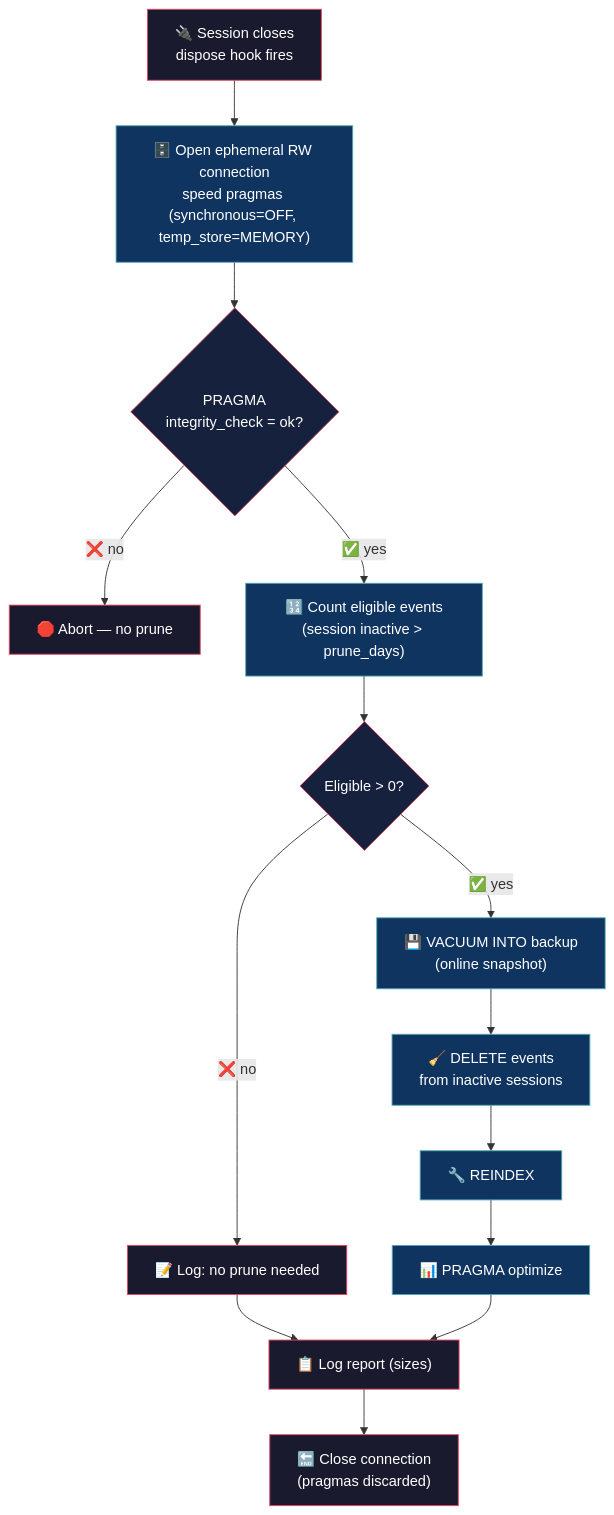
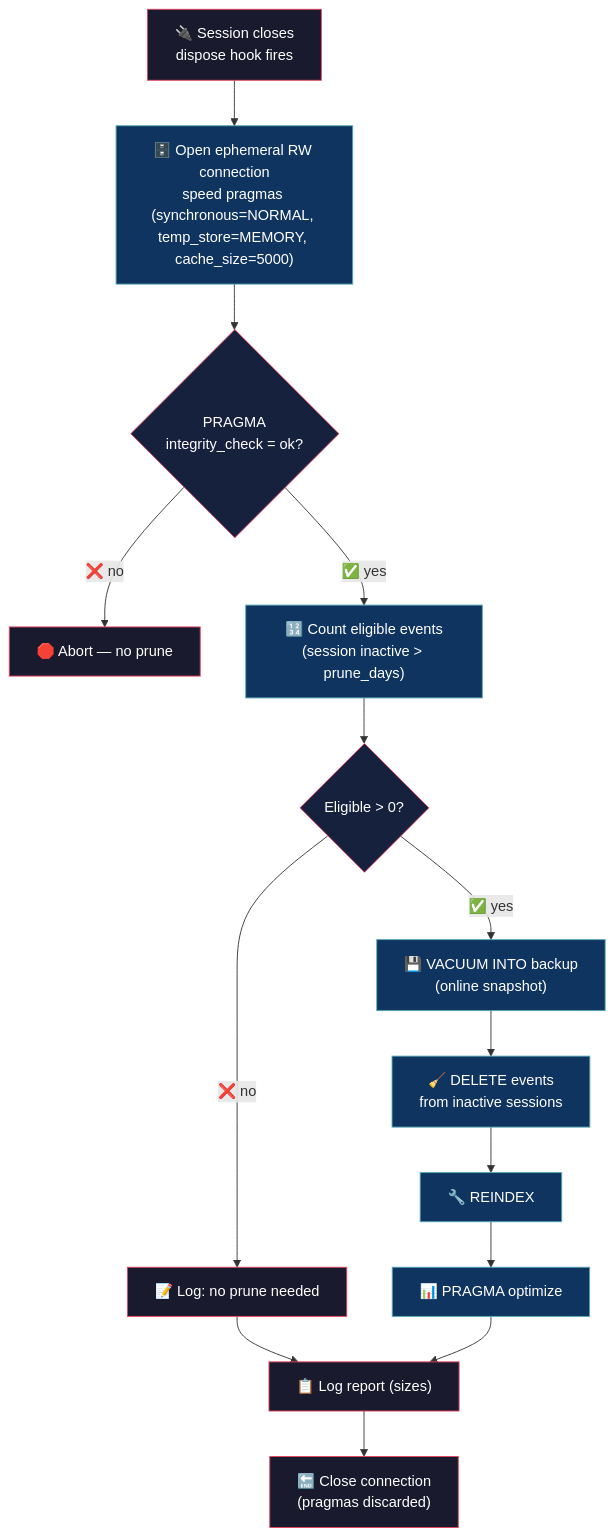
Before and after one commit to alejo54dev/opencode-db-prunetor: the diagram in README.md, drawn with Mermaid. The commit also changed other lines of this file and 1 other file, not shown here.

Commit message:
tune: synchronous=NORMAL + cache_size=5000 (crash-safe DELETE), docblock per plugin template

````diff
--- a/README.md
+++ b/README.md
@@ -33,31 +33,31 @@
 ```mermaid
 flowchart TD
     A["🔌 Session closes<br/>dispose hook fires"]
-    A --> B["🗄️ Open ephemeral RW connection<br/>speed pragmas (synchronous=OFF, temp_store=MEMORY)"]
+    A --> B["🗄️ Open ephemeral RW connection<br/>speed pragmas (synchronous=NORMAL, temp_store=MEMORY, cache_size=5000)"]
     B --> C{"PRAGMA<br/>integrity_check = ok?"}
     C -->|"❌ no"| Z["🛑 Abort — no prune"]
     C -->|"✅ yes"| D["🔢 Count eligible events<br/>(session inactive > prune_days)"]
     D --> E{"Eligible > 0?"}
     E -->|"❌ no"| R["📝 Log: no prune needed"]
     E -->|"✅ yes"| F["💾 VACUUM INTO backup<br/>(online snapshot)"]
     F --> G["🧹 DELETE events<br/>from inactive sessions"]
     G --> H["🔧 REINDEX"]
     H --> I["📊 PRAGMA optimize"]
     R --> J["📋 Log report (sizes)"]
     I --> J
     J --> K["🔚 Close connection<br/>(pragmas discarded)"]
 
     style A fill:#1a1a2e,stroke:#e94560,color:#fff
     style B fill:#0f3460,stroke:#53a8b6,color:#fff
     style C fill:#16213e,stroke:#e94560,color:#fff
     style D fill:#0f3460,stroke:#53a8b6,color:#fff
     style E fill:#16213e,stroke:#e94560,color:#fff
     style F fill:#0f3460,stroke:#53a8b6,color:#fff
     style G fill:#0f3460,stroke:#53a8b6,color:#fff
     style H fill:#0f3460,stroke:#53a8b6,color:#fff
     style I fill:#0f3460,stroke:#53a8b6,color:#fff
     style J fill:#1a1a2e,stroke:#e94560,color:#fff
     style K fill:#1a1a2e,stroke:#e94560,color:#fff
     style R fill:#1a1a2e,stroke:#e94560,color:#fff
     style Z fill:#1a1a2e,stroke:#e94560,color:#fff
 ```
````
